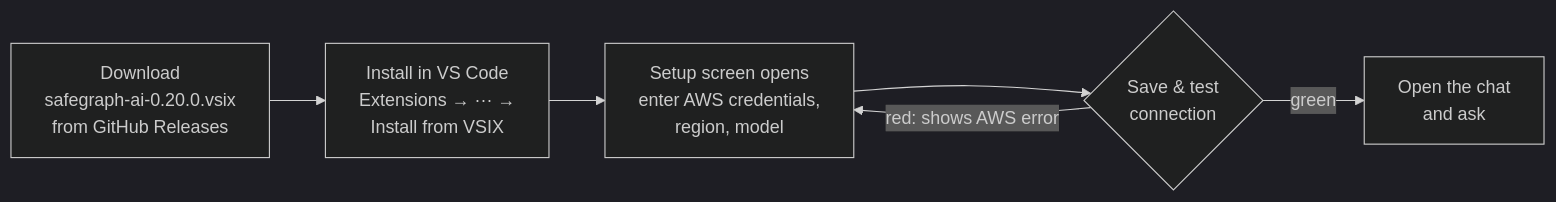
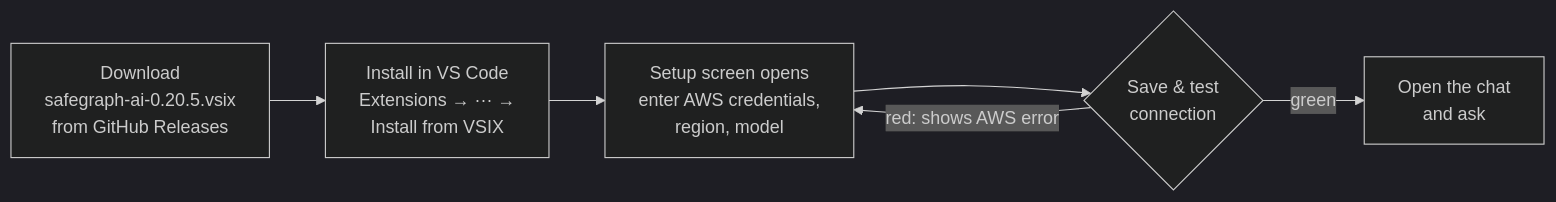
The first of 6 diagrams in README.md (HTL2910/AWS-AI-chatbot), drawn with Mermaid (dark theme) before and after one commit. The commit also changed other lines of this file, not shown here.

Commit message:
Document Safegraph AI 0.20.5 and the OpenAI-compatible provider

````diff
--- a/README.md
+++ b/README.md
@@ -11,8 +11,8 @@
 ```mermaid
 flowchart LR
-    A["Download<br/>safegraph-ai-0.20.0.vsix<br/>from GitHub Releases"] --> B["Install in VS Code<br/>Extensions → ··· →<br/>Install from VSIX"]
+    A["Download<br/>safegraph-ai-0.20.5.vsix<br/>from GitHub Releases"] --> B["Install in VS Code<br/>Extensions → ··· →<br/>Install from VSIX"]
     B --> C["Setup screen opens<br/>enter AWS credentials,<br/>region, model"]
     C --> D{"Save &amp; test<br/>connection"}
     D -- "green" --> E["Open the chat<br/>and ask"]
     D -- "red: shows AWS error" --> C
 ```
````
